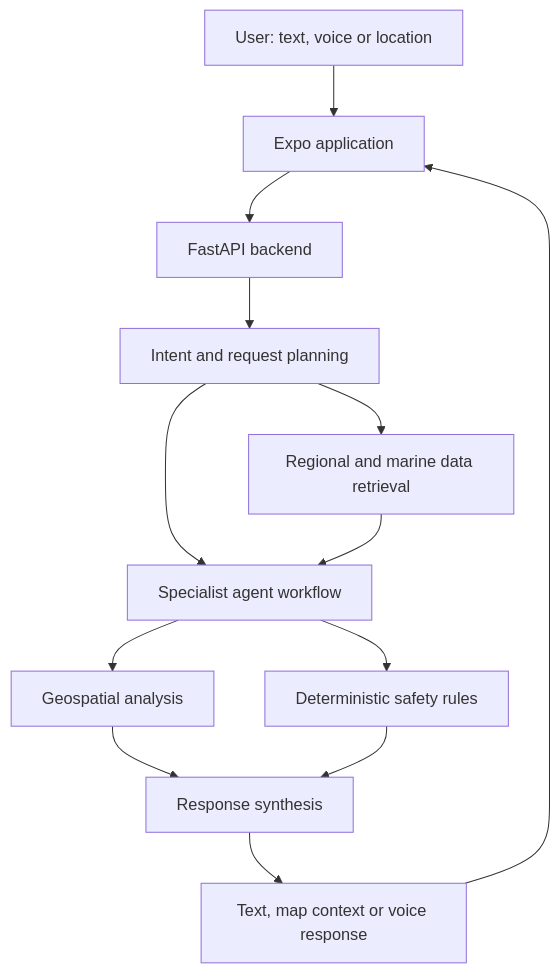
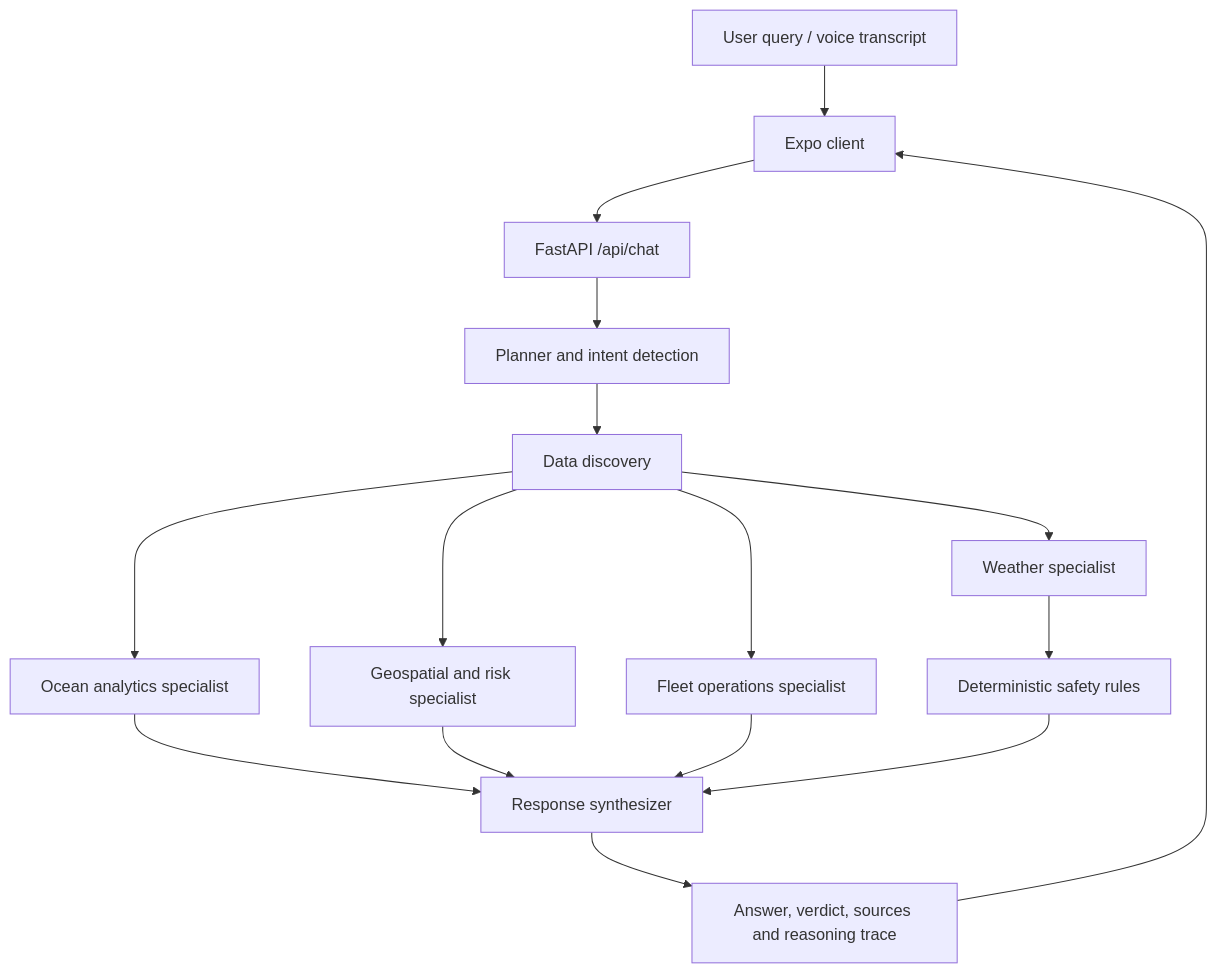
One commit to Suryaakhilp18/ORCA_MOBILE_APP changed the diagram in README.md. Above: the diagram before and after it, drawn with Mermaid. The commit also changed other lines of this file, not shown here.

````diff
--- a/README.md
+++ b/README.md
@@ -94,15 +70,18 @@
 ```mermaid
 flowchart TD
-    U[User: text, voice or location] --> APP[Expo application]
-    APP --> API[FastAPI backend]
-    API --> PLAN[Intent and request planning]
-    PLAN --> DATA[Regional and marine data retrieval]
-    PLAN --> AGENTS[Specialist agent workflow]
-    DATA --> AGENTS
-    AGENTS --> GEO[Geospatial analysis]
-    AGENTS --> RULES[Deterministic safety rules]
-    GEO --> SYNTH[Response synthesis]
+    USER[User query / voice transcript] --> CLIENT[Expo client]
+    CLIENT --> API[FastAPI /api/chat]
+    API --> PLAN[Planner and intent detection]
+    PLAN --> DISCOVERY[Data discovery]
+    DISCOVERY --> WEATHER[Weather specialist]
+    DISCOVERY --> OCEAN[Ocean analytics specialist]
+    DISCOVERY --> GEO[Geospatial and risk specialist]
+    DISCOVERY --> FLEET[Fleet operations specialist]
+    WEATHER --> RULES[Deterministic safety rules]
+    OCEAN --> SYNTH[Response synthesizer]
+    GEO --> SYNTH
+    FLEET --> SYNTH
     RULES --> SYNTH
-    SYNTH --> OUT[Text, map context or voice response]
-    OUT --> APP
+    SYNTH --> RESULT[Answer, verdict, sources and reasoning trace]
+    RESULT --> CLIENT
 ```
````
